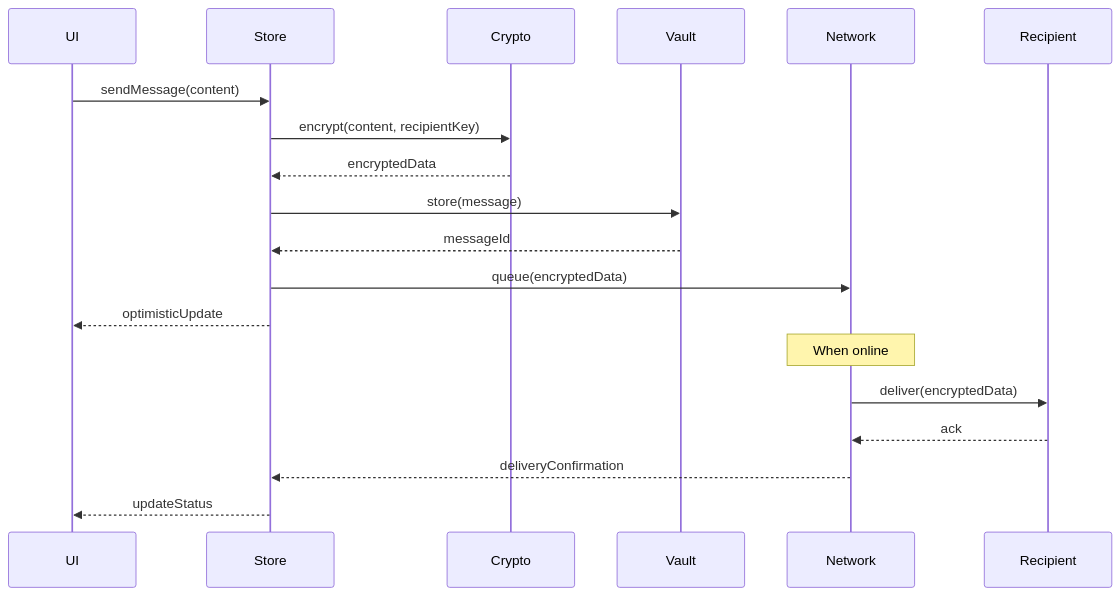
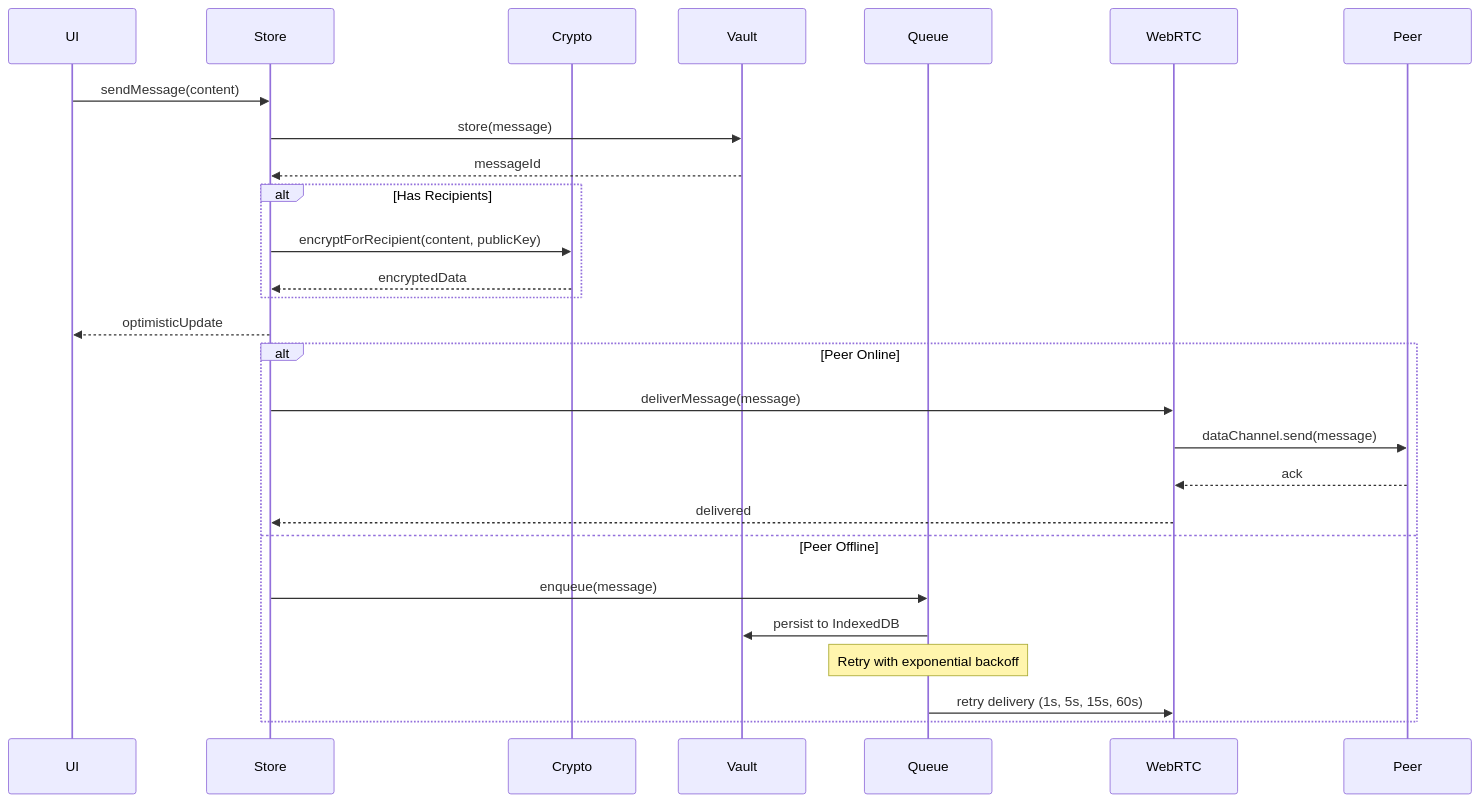
Before and after one commit to foofork/Volli: the third of 6 diagrams in docs/ARCHITECTURE.md, drawn with Mermaid. The commit also changed other lines of this file and 15 other files, not shown here.

````diff
--- a/docs/ARCHITECTURE.md
+++ b/docs/ARCHITECTURE.md
@@ -338,23 +424,33 @@
 ```mermaid
 sequenceDiagram
     participant UI
     participant Store
     participant Crypto
     participant Vault
-    participant Network
-    participant Recipient
+    participant Queue
+    participant WebRTC
+    participant Peer
     
     UI->>Store: sendMessage(content)
-    Store->>Crypto: encrypt(content, recipientKey)
-    Crypto-->>Store: encryptedData
     Store->>Vault: store(message)
     Vault-->>Store: messageId
-    Store->>Network: queue(encryptedData)
+    
+    alt Has Recipients
+        Store->>Crypto: encryptForRecipient(content, publicKey)
+        Crypto-->>Store: encryptedData
+    end
+    
     Store-->>UI: optimisticUpdate
     
-    Note over Network: When online
-    Network->>Recipient: deliver(encryptedData)
-    Recipient-->>Network: ack
-    Network-->>Store: deliveryConfirmation
-    Store-->>UI: updateStatus
+    alt Peer Online
+        Store->>WebRTC: deliverMessage(message)
+        WebRTC->>Peer: dataChannel.send(message)
+        Peer-->>WebRTC: ack
+        WebRTC-->>Store: delivered
+    else Peer Offline
+        Store->>Queue: enqueue(message)
+        Queue->>Vault: persist to IndexedDB
+        Note over Queue: Retry with exponential backoff
+        Queue->>WebRTC: retry delivery (1s, 5s, 15s, 60s)
+    end
 ```
````
